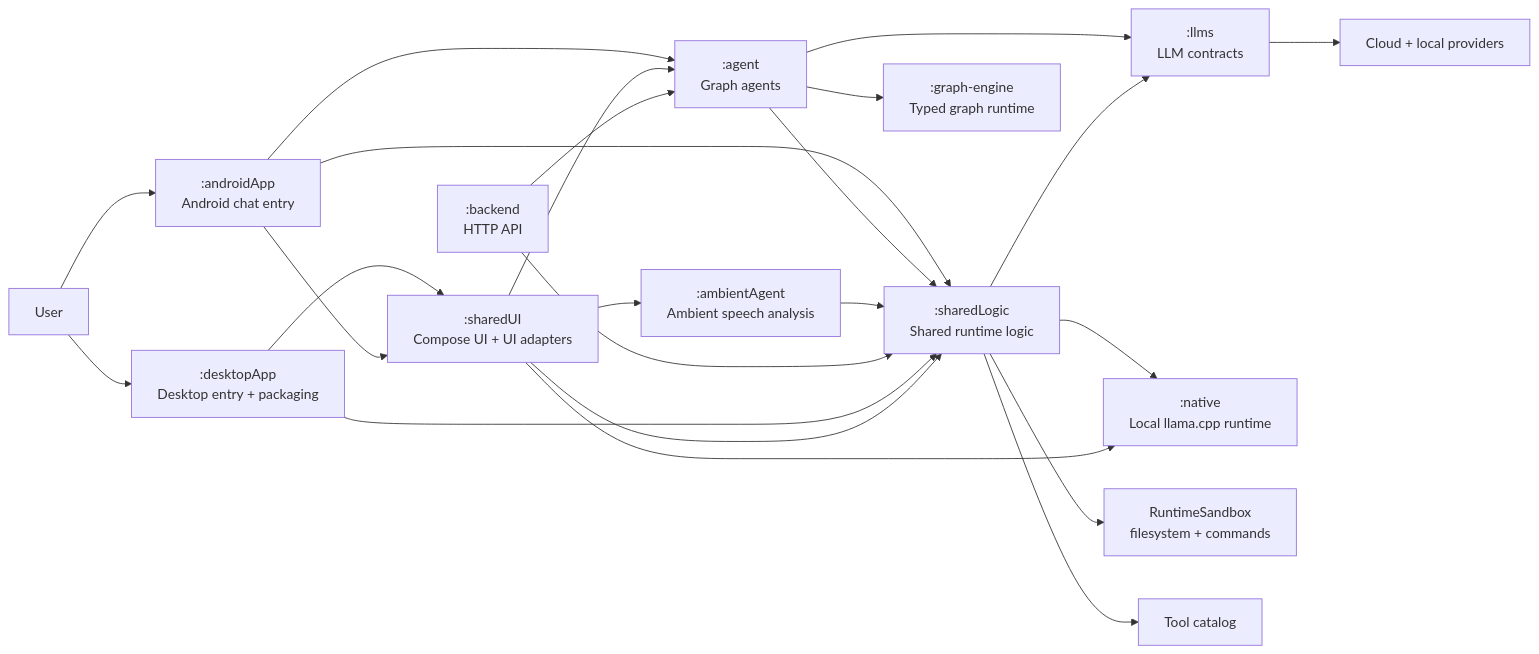
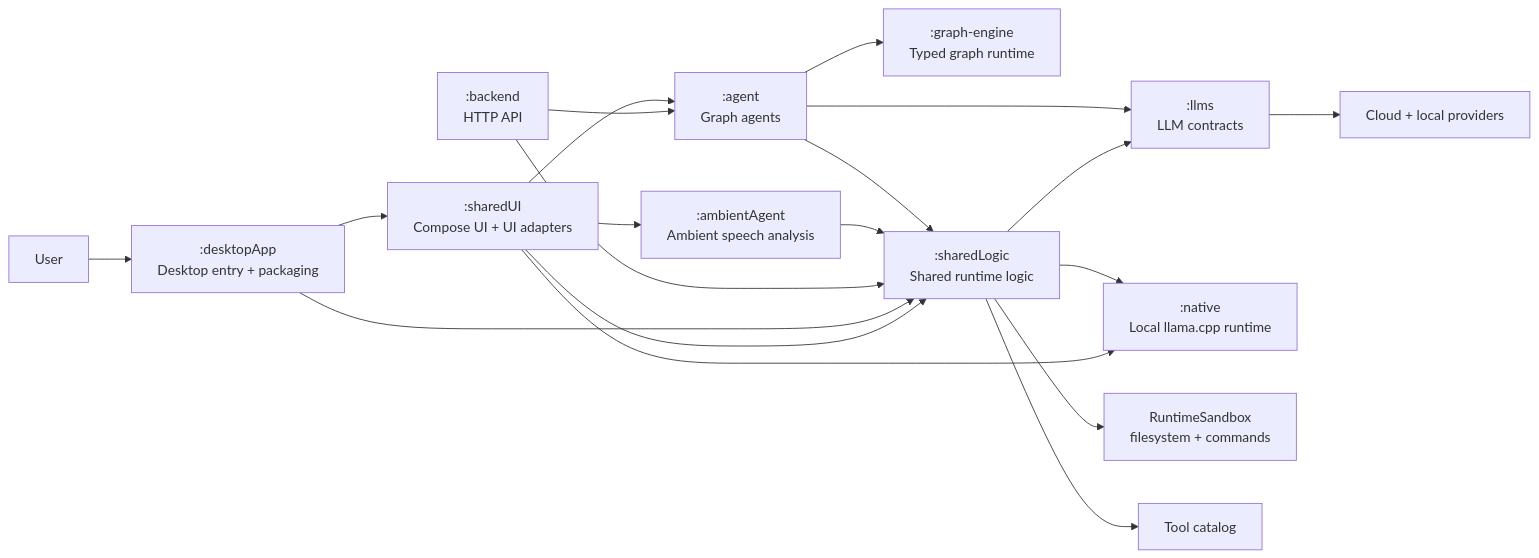
One commit to D00mch/souz changed the first of 5 diagrams in README.md. Above: the diagram before and after it, drawn with Mermaid. The commit also changed other lines of this file and 40 other files, not shown here.

````diff
--- a/README.md
+++ b/README.md
@@ -126,27 +124,23 @@
 ```mermaid
 flowchart LR
     userNode["User"] --> desktopApp[":desktopApp\nDesktop entry + packaging"]
     desktopApp --> sharedUi[":sharedUI\nCompose UI + UI adapters"]
-    userNode --> androidApp[":androidApp\nAndroid chat entry"]
-    androidApp --> sharedUi
-    androidApp --> agentNode
-    androidApp --> runtimeNode
     sharedUi --> agentNode[":agent\nGraph agents"]
     sharedUi --> ambientNode[":ambientAgent\nAmbient speech analysis"]
     backendApi[":backend\nHTTP API"] --> agentNode
 
     agentNode --> graphEngine[":graph-engine\nTyped graph runtime"]
     agentNode --> runtimeNode[":sharedLogic\nShared runtime logic"]
     agentNode --> llmsNode[":llms\nLLM contracts"]
     runtimeNode --> llmsNode
     runtimeNode --> nativeRuntime[":native\nLocal llama.cpp runtime"]
     ambientNode --> runtimeNode
     backendApi --> runtimeNode
     desktopApp --> runtimeNode
     sharedUi --> runtimeNode
     sharedUi --> nativeRuntime
 
     runtimeNode --> sandboxNode["RuntimeSandbox\nfilesystem + commands"]
     runtimeNode --> toolsNode["Tool catalog"]
     llmsNode --> providersNode["Cloud + local providers"]
 ```
````
